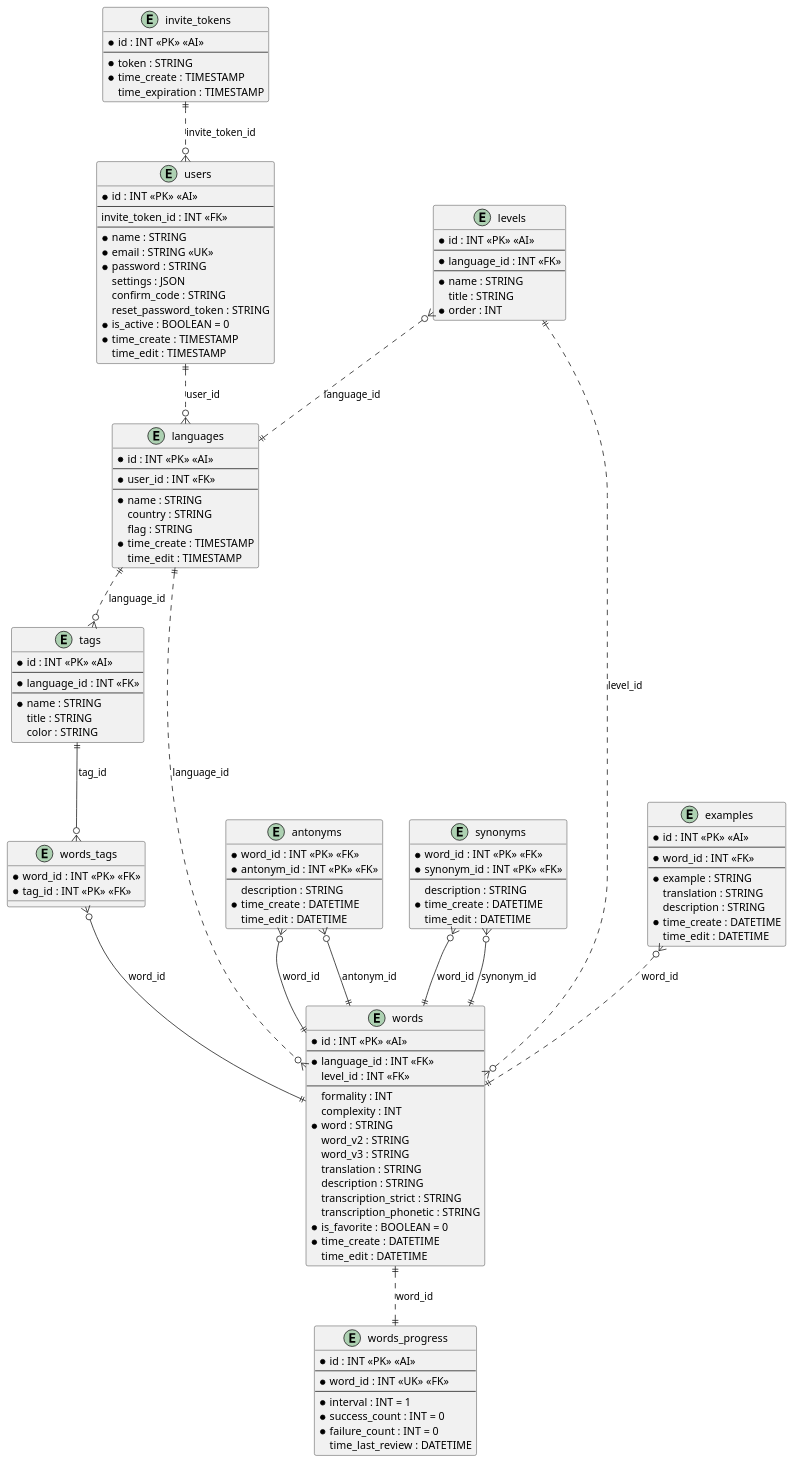
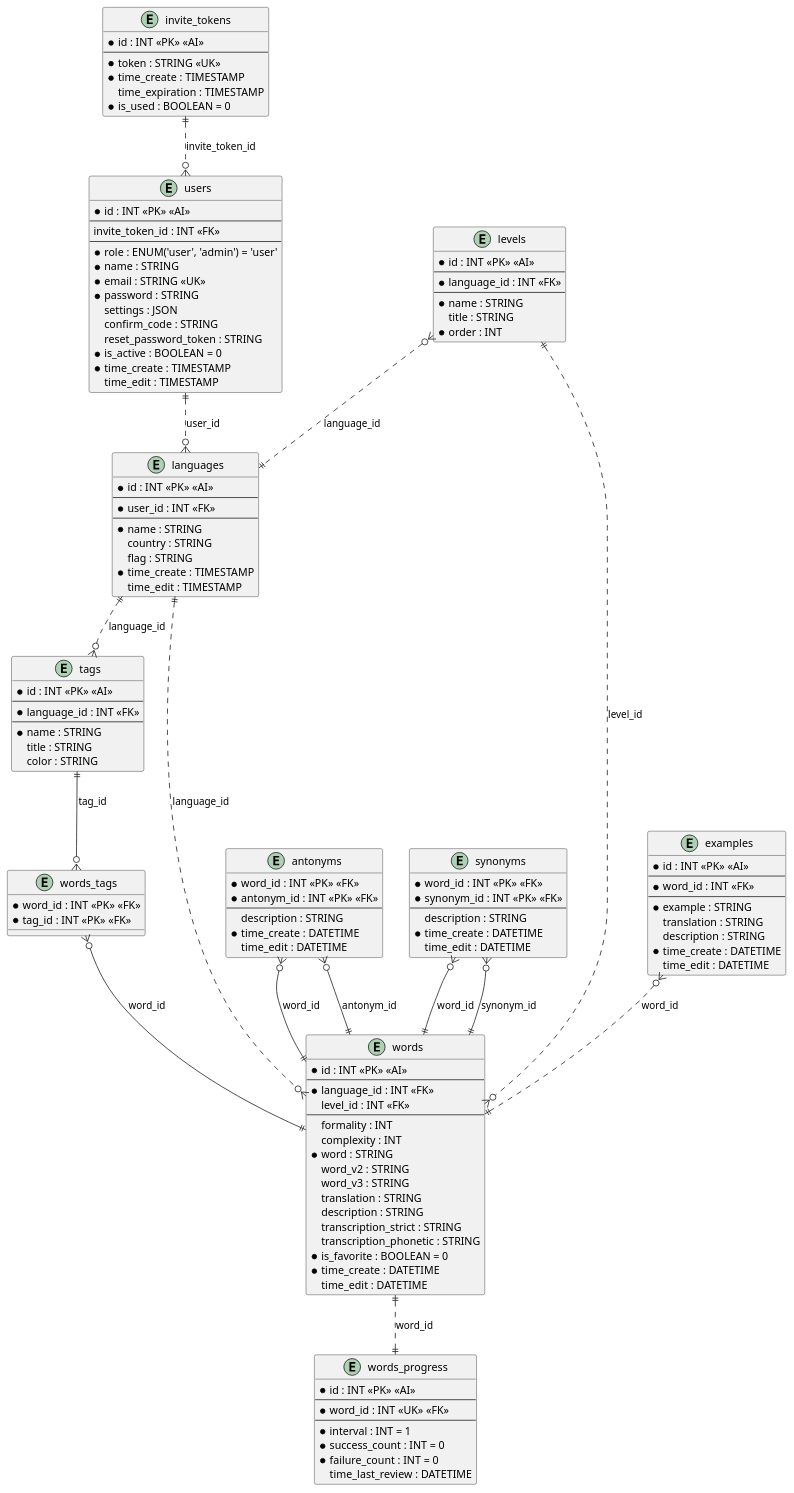
Before and after one commit to ewwmy/dictionary: the diagram in database/model/dictionary.puml, drawn with PlantUML. The commit also changed 8 other files, not shown here.

```diff
--- a/database/model/dictionary.puml
+++ b/database/model/dictionary.puml
@@ -1,143 +1,145 @@
 @startuml dictionary
 
 ' this flag is used to make wires straight-angled:
 ' skinparam linetype ortho
 
 entity invite_tokens {
   * id : INT <<PK>> <<AI>>
   ---
-  * token : STRING
+  * token : STRING <<UK>>
   * time_create : TIMESTAMP
   time_expiration : TIMESTAMP
+  * is_used : BOOLEAN = 0
 }
 
 entity users {
   * id : INT <<PK>> <<AI>>
   ---
   invite_token_id : INT <<FK>>
   ---
+  * role : ENUM('user', 'admin') = 'user'
   * name : STRING
   * email : STRING <<UK>>
   * password : STRING
   settings : JSON
   confirm_code : STRING
   reset_password_token : STRING
   * is_active : BOOLEAN = 0
   * time_create : TIMESTAMP
   time_edit : TIMESTAMP
 }
 
 entity languages {
   * id : INT <<PK>> <<AI>>
   ---
   * user_id : INT <<FK>>
   ---
   * name : STRING
   country : STRING
   flag : STRING
   * time_create : TIMESTAMP
   time_edit : TIMESTAMP
 }
 
 entity tags {
   * id : INT <<PK>> <<AI>>
   ---
   * language_id : INT <<FK>>
   ---
   * name : STRING
   title : STRING
   color : STRING
 }
 
 entity words_tags {
   * word_id : INT <<PK>> <<FK>>
   * tag_id : INT <<PK>> <<FK>>
 }
 
 entity words_progress {
   * id : INT <<PK>> <<AI>>
   ---
   * word_id : INT <<UK>> <<FK>>
   ---
   * interval : INT = 1
   * success_count : INT = 0
   * failure_count : INT = 0
   time_last_review : DATETIME
 }
 
 entity antonyms {
   * word_id : INT <<PK>> <<FK>>
   * antonym_id : INT <<PK>> <<FK>>
   ---
   description : STRING
   * time_create : DATETIME
   time_edit : DATETIME
 }
 
 entity synonyms {
   * word_id : INT <<PK>> <<FK>>
   * synonym_id : INT <<PK>> <<FK>>
   ---
   description : STRING
   * time_create : DATETIME
   time_edit : DATETIME
 }
 
 entity words {
   * id : INT <<PK>> <<AI>>
   ---
   * language_id : INT <<FK>>
   level_id : INT <<FK>>
   ---
   formality : INT
   complexity : INT
   * word : STRING
   word_v2 : STRING
   word_v3 : STRING
   translation : STRING
   description : STRING
   transcription_strict : STRING
   transcription_phonetic : STRING
   * is_favorite : BOOLEAN = 0
   * time_create : DATETIME
   time_edit : DATETIME
 }
 
 entity levels {
   * id : INT <<PK>> <<AI>>
   ---
   * language_id : INT <<FK>>
   ---
   * name : STRING
   title : STRING
   * order : INT
 }
 
 entity examples {
   * id : INT <<PK>> <<AI>>
   ---
   * word_id : INT <<FK>>
   ---
   * example : STRING
   translation : STRING
   description : STRING
   * time_create : DATETIME
   time_edit : DATETIME
 }
 
 invite_tokens ||..o{ users : "invite_token_id"
 users ||..o{ languages : "user_id"
 languages ||..o{ tags : "language_id"
 languages ||..o{ words : "language_id"
 examples }o..|| words : "word_id"
 tags ||--o{ words_tags : "tag_id"
 words_tags }o--|| words : "word_id"
 antonyms }o--|| words : "word_id"
 antonyms }o--|| words : "antonym_id"
 synonyms }o--|| words : "word_id"
 synonyms }o--|| words : "synonym_id"
 words ||..|| words_progress : "word_id"
 levels }o..|| languages : "language_id"
 levels ||..o{ words : "level_id"
 
 @enduml
```
